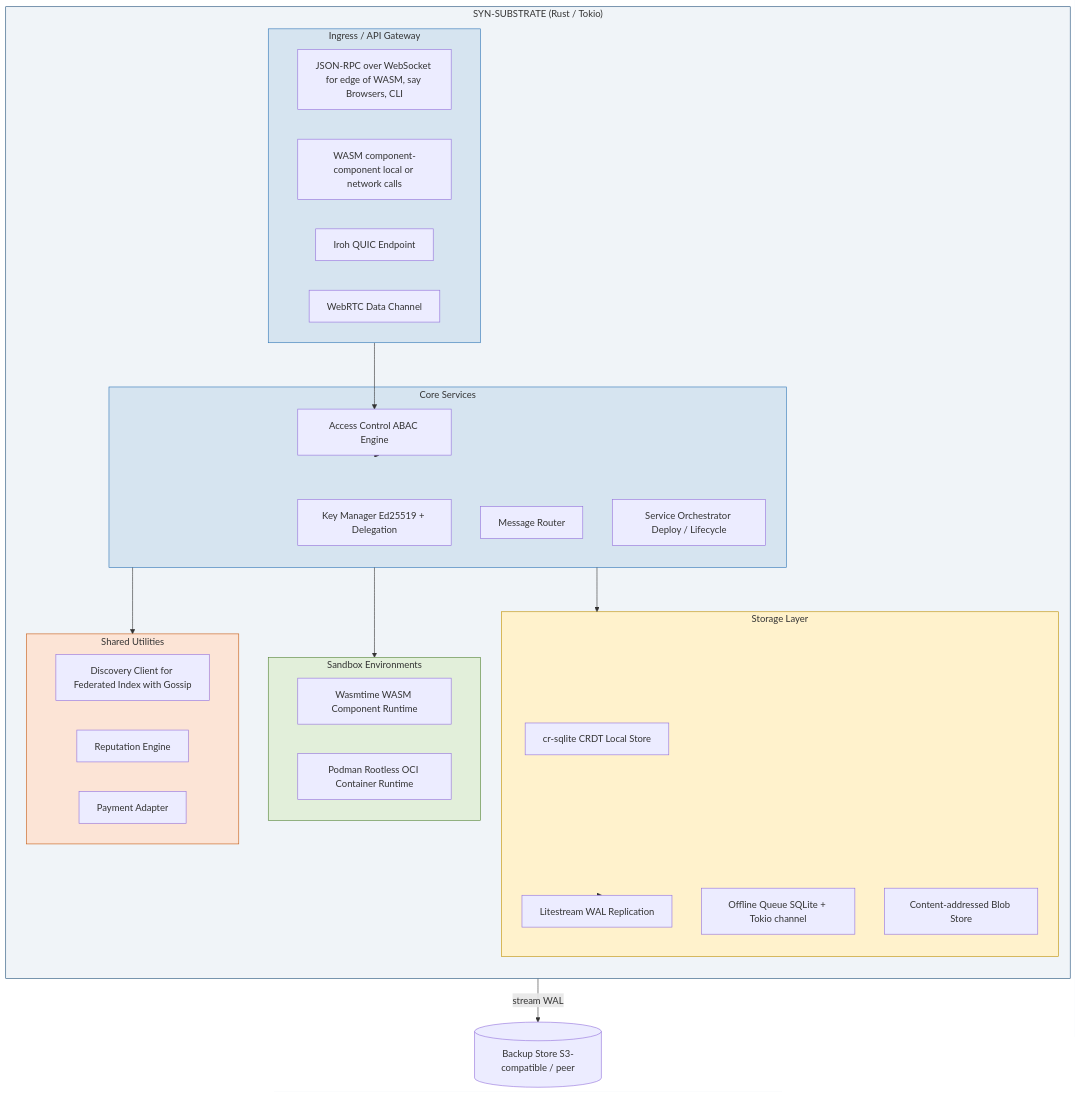
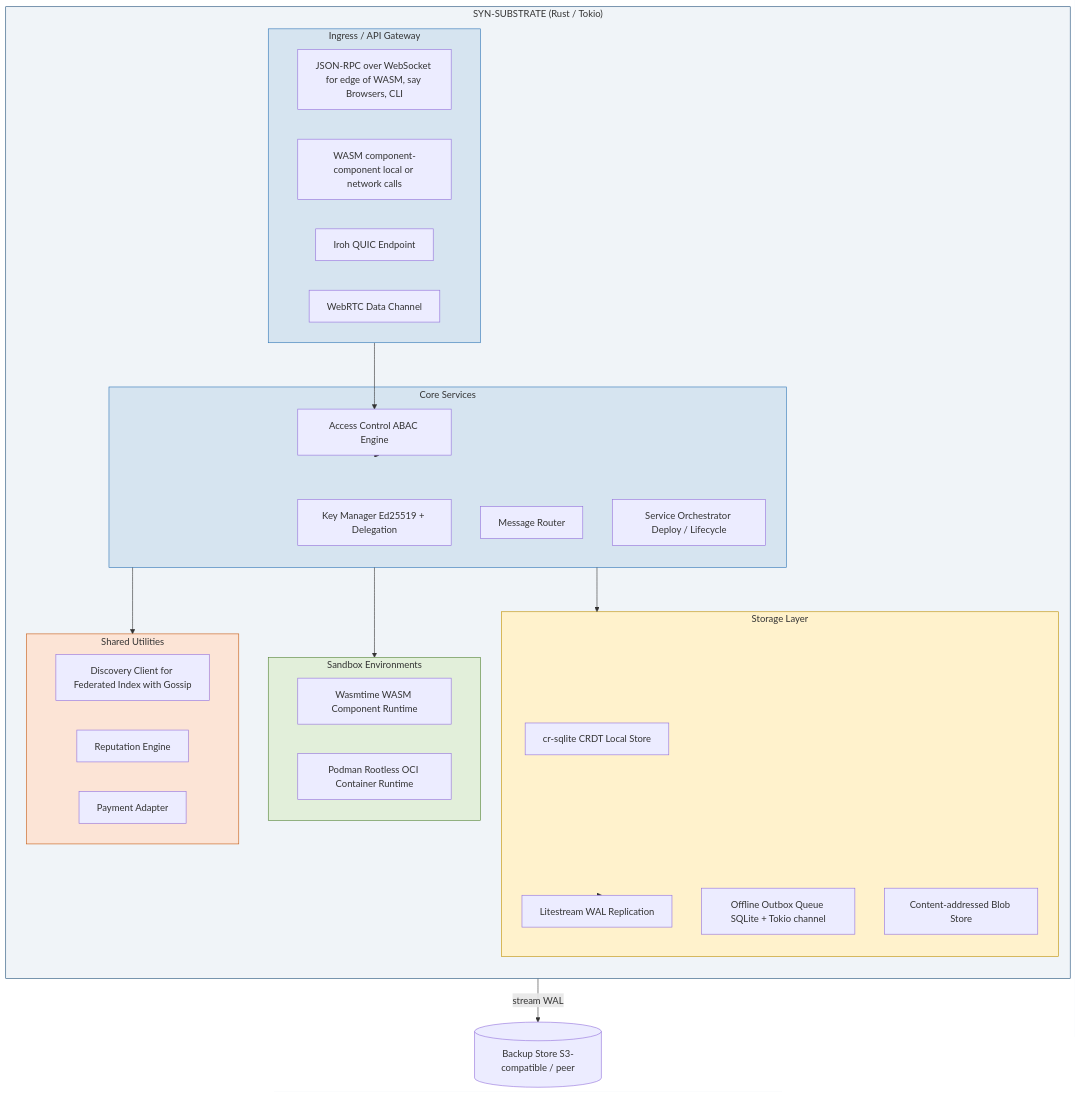
Before and after one commit to syneroym/syneroym: the sixth of 22 diagrams in docs/architecture.md, drawn with Mermaid. The commit also changed other lines of this file and 2 other files, not shown here.

Commit message:
docs: some ideas around offline messaging and substrate backups

````diff
--- a/docs/architecture.md
+++ b/docs/architecture.md
@@ -227,53 +227,53 @@
 ```mermaid
 flowchart TD
     subgraph SUBSTRATE["SYN-SUBSTRATE (Rust / Tokio)"]
         direction TB
         
         subgraph INGRESS["Ingress / API Gateway"]
             WS[JSON-RPC over WebSocket for edge of WASM, say Browsers, CLI]
             wRPC[WASM component-component local or network calls]
             QUIC_EP[Iroh QUIC Endpoint]
             WRT[WebRTC Data Channel]
         end
 
         subgraph CORE["Core Services"]
             KM[Key Manager Ed25519 + Delegation]
             AC[Access Control ABAC Engine]
             MSG[Message Router]
             ORCH[Service Orchestrator Deploy / Lifecycle]
         end
 
         subgraph SANDBOX["Sandbox Environments"]
             WASM[Wasmtime WASM Component Runtime]
             OCI[Podman Rootless OCI Container Runtime]
         end
 
         subgraph STORAGE["Storage Layer"]
             CRSQL[cr-sqlite CRDT Local Store]
-            QUEUE[Offline Queue SQLite + Tokio channel]
+            QUEUE[Offline Outbox Queue SQLite + Tokio channel]
             BLOB[Content-addressed Blob Store]
             LS[Litestream WAL Replication]
         end
 
         subgraph UTIL["Shared Utilities"]
             DISC[Discovery Client for Federated Index with Gossip]
             REP[Reputation Engine]
             PAY[Payment Adapter]
         end
     end
 
     INGRESS --> AC
     AC --> CORE
     CORE --> SANDBOX
     CORE --> STORAGE
     CORE --> UTIL
     STORAGE --> LS
     LS -->|"stream WAL"| BACKUP[(Backup Store S3-compatible / peer)]
 
     style SUBSTRATE fill:#f0f4f8,stroke:#1F4E79
     style INGRESS fill:#D6E4F0,stroke:#2E75B6
     style CORE fill:#D6E4F0,stroke:#2E75B6
     style SANDBOX fill:#E2EFDA,stroke:#548235
     style STORAGE fill:#FFF2CC,stroke:#BF9000
     style UTIL fill:#FCE4D6,stroke:#C55A11
 ```
````
